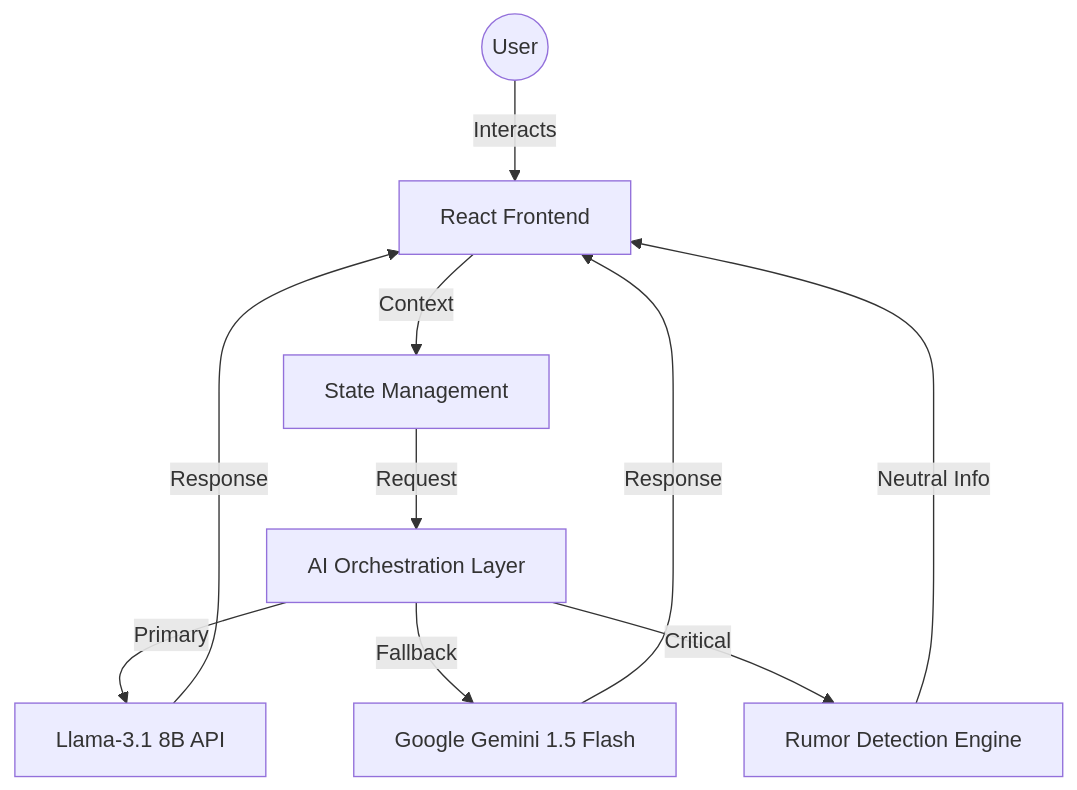
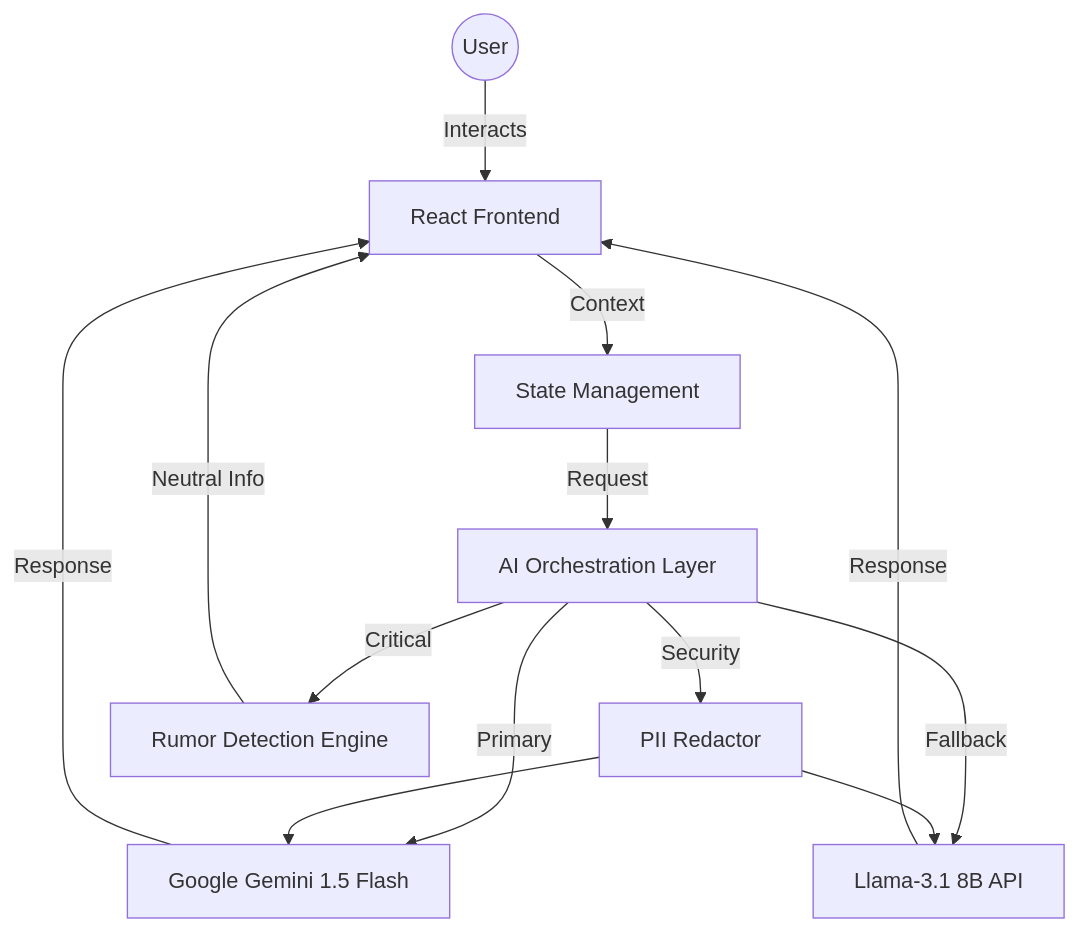
The diagram in README.md (Kubojah-Dan/Elections-AI-Agent), drawn with Mermaid before and after one commit. The commit also changed other lines of this file and 39 other files, not shown here.

````diff
--- a/README.md
+++ b/README.md
@@ -27,14 +28,18 @@
 ```mermaid
 graph TD
     User((User)) -->|Interacts| UI[React Frontend]
     UI -->|Context| AppContext[State Management]
     AppContext -->|Request| AIService[AI Orchestration Layer]
     
-    AIService -->|Primary| Groq[Llama-3.1 8B API]
-    AIService -->|Fallback| Gemini[Google Gemini 1.5 Flash]
+    AIService -->|Primary| Gemini[Google Gemini 1.5 Flash]
+    AIService -->|Fallback| Groq[Llama-3.1 8B API]
+    AIService -->|Security| PII_Redactor[PII Redactor]
     AIService -->|Critical| RumorDetect[Rumor Detection Engine]
     
+    PII_Redactor --> Gemini
+    PII_Redactor --> Groq
+    
     RumorDetect -->|Neutral Info| UI
+    Gemini -->|Response| UI
     Groq -->|Response| UI
-    Gemini -->|Response| UI
 ```
````
